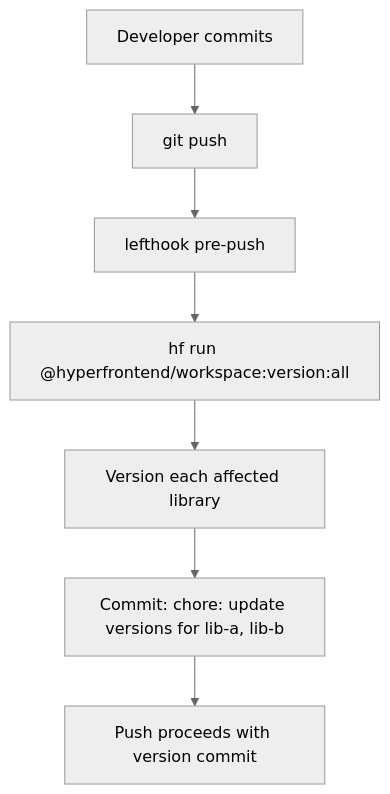
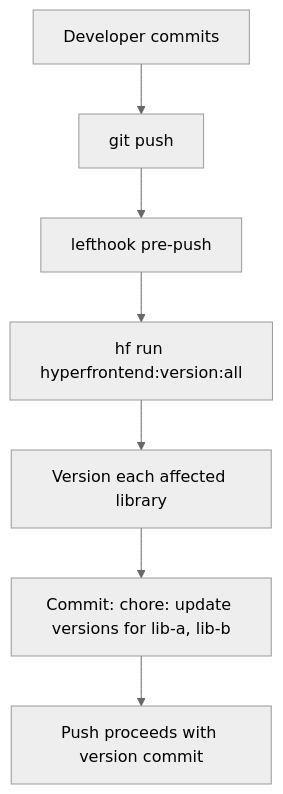
Before and after one commit to AndrewRedican/hyperfrontend: the second of 4 diagrams in tools/package/src/executors/version/ARCHITECTURE.md, drawn with Mermaid (neutral theme). The commit also changed 20 other files, not shown here.

Commit message:
refactor(tool-package): build and version on the workspace package

````diff
--- a/tools/package/src/executors/version/ARCHITECTURE.md
+++ b/tools/package/src/executors/version/ARCHITECTURE.md
@@ -134,9 +134,9 @@
 ```mermaid
 flowchart TD
     A[Developer commits] --> B[git push]
     B --> C[lefthook pre-push]
-    C --> D[hf run @hyperfrontend/workspace:version:all]
+    C --> D[hf run hyperfrontend:version:all]
     D --> E[Version each affected library]
     E --> F["Commit: chore: update versions for lib-a, lib-b"]
     F --> G[Push proceeds with version commit]
 ```
````
